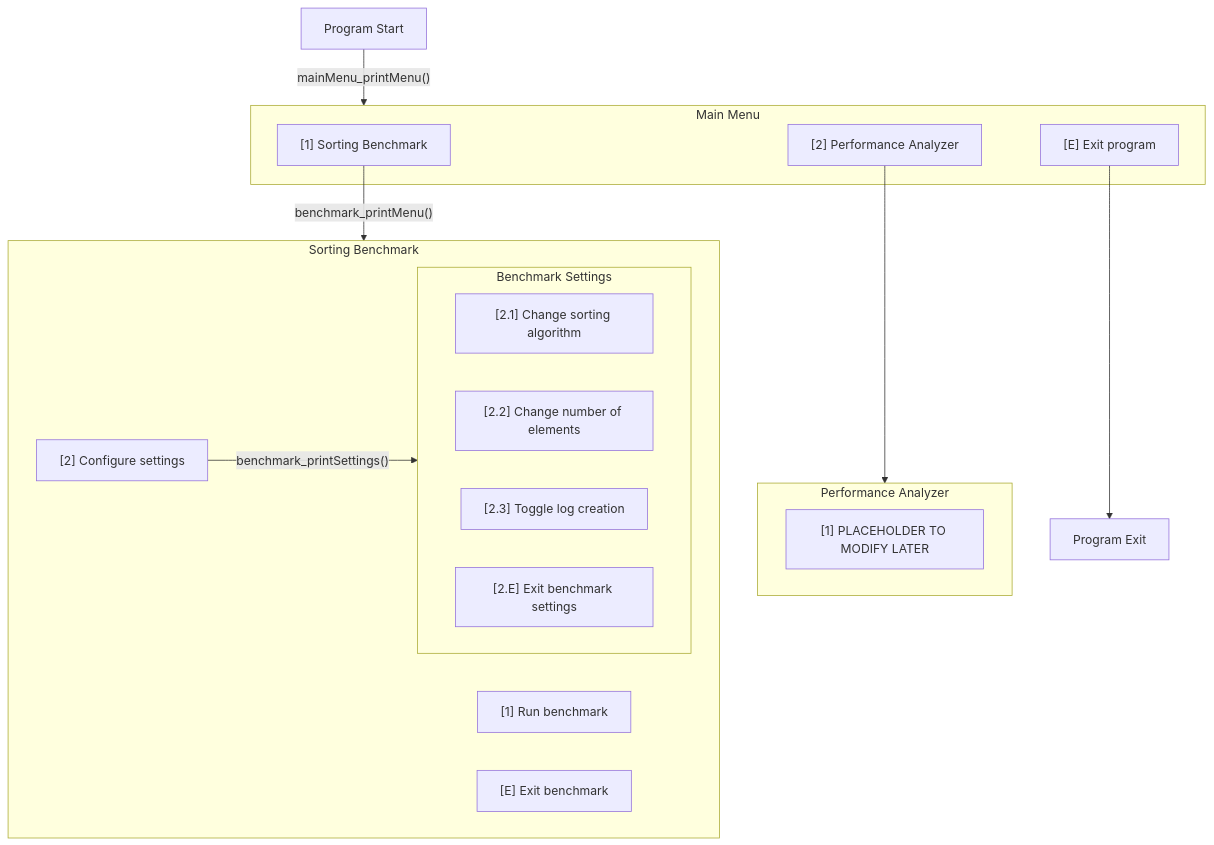
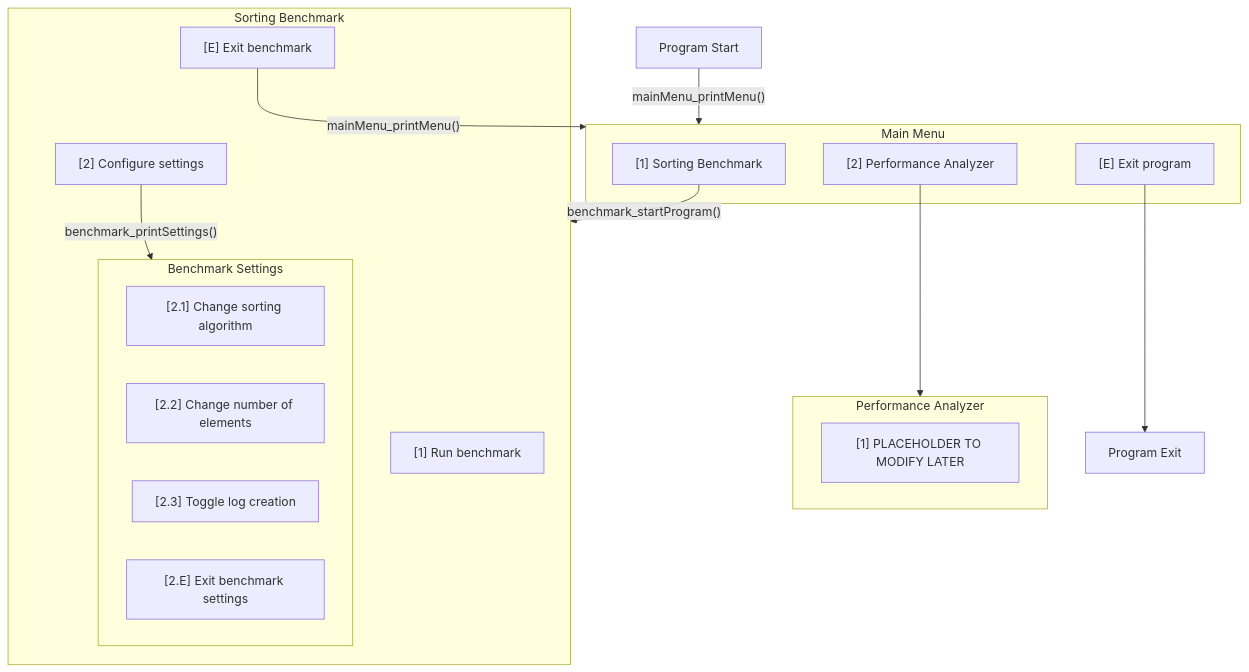
One commit to TeaFive/sortprofiler changed the diagram in README.md. Above: the diagram before and after it, drawn with Mermaid. The commit also changed other lines of this file, not shown here.

Commit message:
Add some notes to README

````diff
--- a/README.md
+++ b/README.md
@@ -49,40 +49,40 @@
 ```mermaid
 flowchart TB
   S[Program Start]
   S --> |"mainMenu_printMenu()"| MM
 
   subgraph MM[Main Menu]
       %% direction TB
       MM_1["[1]" Sorting Benchmark]
       MM_2["[2]" Performance Analyzer]
       MM_E["[E]" Exit program]
   end
 
-  MM_1 --> |"benchmark_printMenu()"| SB
+  MM_1 --> |"benchmark_startProgram()"| SB
   MM_2 --> PA
   MM_E --> E
 
   subgraph SB[Sorting Benchmark]
     %% direction TB
     SB_1["[1]" Run benchmark]
     SB_2["[2]" Configure settings]
     SB_E["[E]" Exit benchmark]
 
     subgraph SB_BS[Benchmark Settings]
       direction LR
       SB_2.1["[2.1]" Change sorting algorithm]
       SB_2.2["[2.2]" Change number of elements]
       SB_2.3["[2.3]" Toggle log creation]
       SB_2.E["[2.E]" Exit benchmark settings]
     end
   end
 
-  %% SB_E --> Main_Menu
+  SB_E --> |"mainMenu_printMenu()"| MM
   SB_2 --> |"benchmark_printSettings()"| SB_BS
 
   subgraph PA[Performance Analyzer]
     PA_1["[1]" PLACEHOLDER TO MODIFY LATER]
   end
 
   E[Program Exit]
 ```
````
